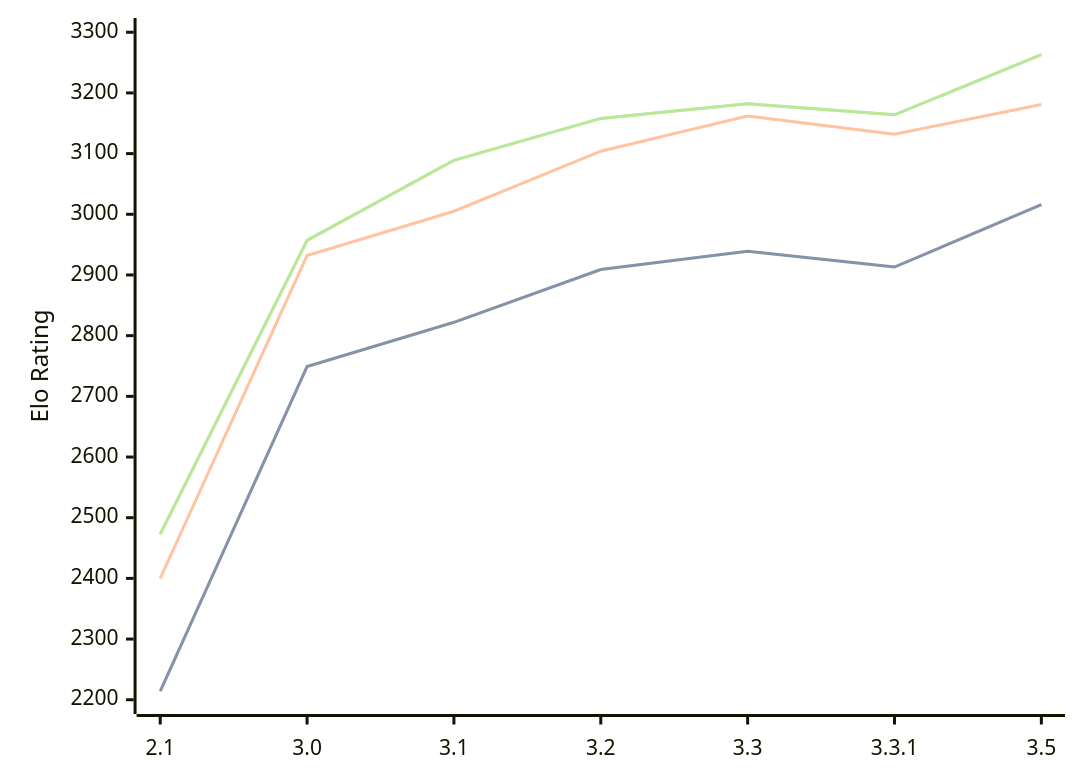
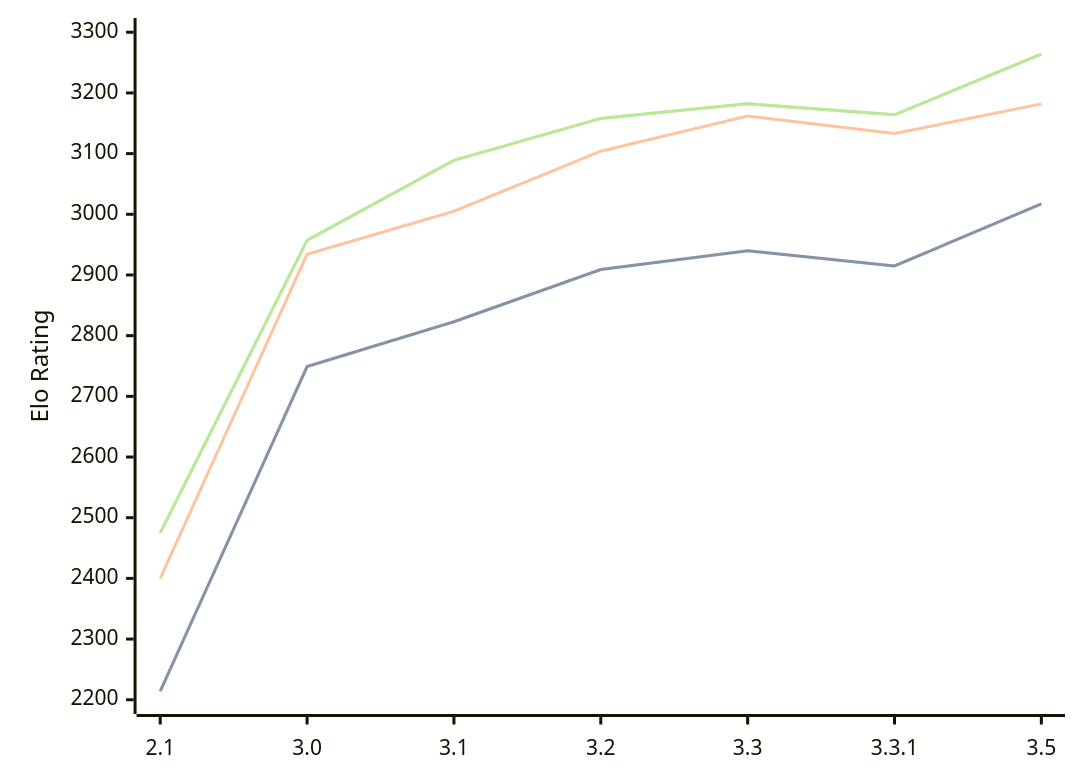
Before and after one commit to computer-chess-index/cci: the first of 3 diagrams in engines/Petrel.md, drawn with Mermaid. The commit also changed other lines of this file, not shown here.

Commit message:
Update CCI Ratings (ELO VLTC) - 2026-07-14

````diff
--- a/engines/Petrel.md
+++ b/engines/Petrel.md
@@ -46,11 +46,11 @@
 ```mermaid
 %%{init: {"theme":"base","themeVariables":{"seriesColors:['#a3a3a3','#222221','#faa371']}}}%%
 xychart-beta
   x-axis ["2.1", "3.0", "3.1", "3.2", "3.3", "3.3.1", "3.5"]
   y-axis "Elo Rating" 2200 --> 3300
-  line "STC (8.0+0.08s)" [2214, 2749, 2822, 2909, 2939, 2913, 3016]
-  line "STC (8.0+0.08s)" [2214, 2749, 2822, 2909, 2939, 2913, 3016]
-  line "LTC (60.0+0.60s)" [2400, 2932, 3005, 3104, 3162, 3132, 3181]
-  line "VLTC (2m24s+1.12s)" [2473, 2957, 3089, 3158, 3182, 3164, 3263]
-  line "VLTC (2m24s+1.12s)" [2473, 2957, 3089, 3158, 3182, 3164, 3263]
+  line "STC (8.0+0.08s)" [2214, 2749, 2823, 2909, 2940, 2915, 3017]
+  line "STC (8.0+0.08s)" [2214, 2749, 2823, 2909, 2940, 2915, 3017]
+  line "LTC (60.0+0.60s)" [2400, 2934, 3005, 3104, 3162, 3133, 3182]
+  line "VLTC (2m24s+1.12s)" [2475, 2957, 3089, 3158, 3182, 3164, 3264]
+  line "VLTC (2m24s+1.12s)" [2475, 2957, 3089, 3158, 3182, 3164, 3264]
 ```
````
